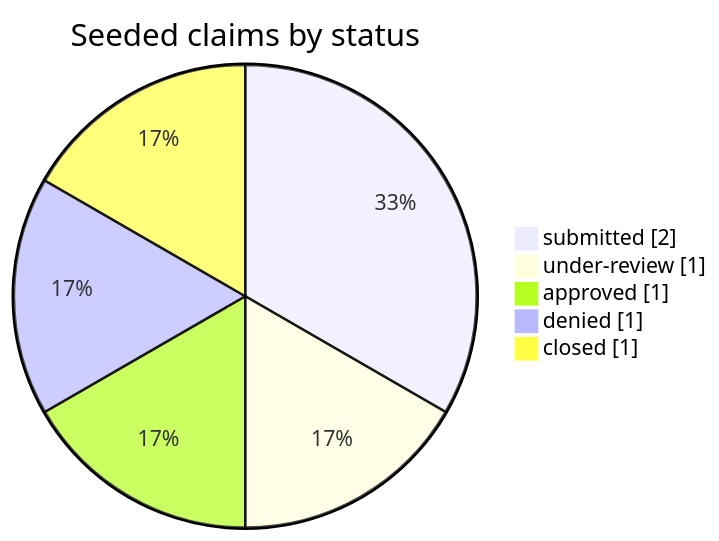
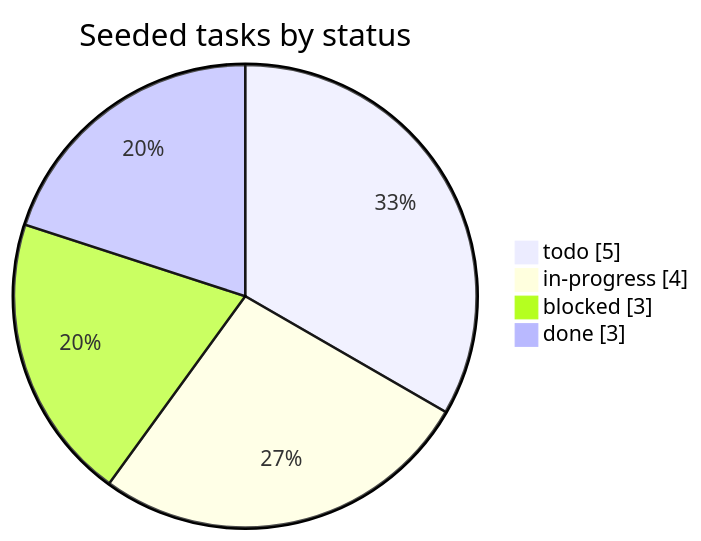
The diagram in README.md (iltStudent11/FSEP-Final-Project-Task-Tracker), drawn with Mermaid before and after one commit. The commit also changed other lines of this file and 27 other files, not shown here.

````diff
--- a/README.md
+++ b/README.md
@@ -78,8 +87,7 @@
    ```mermaid
-   pie showData title Seeded claims by status
-       "submitted" : 2
-       "under-review" : 1
-       "approved" : 1
-       "denied" : 1
-       "closed" : 1
+      pie showData title Seeded tasks by status
+         "todo" : 5
+         "in-progress" : 4
+         "blocked" : 3
+         "done" : 3
    ```
````
